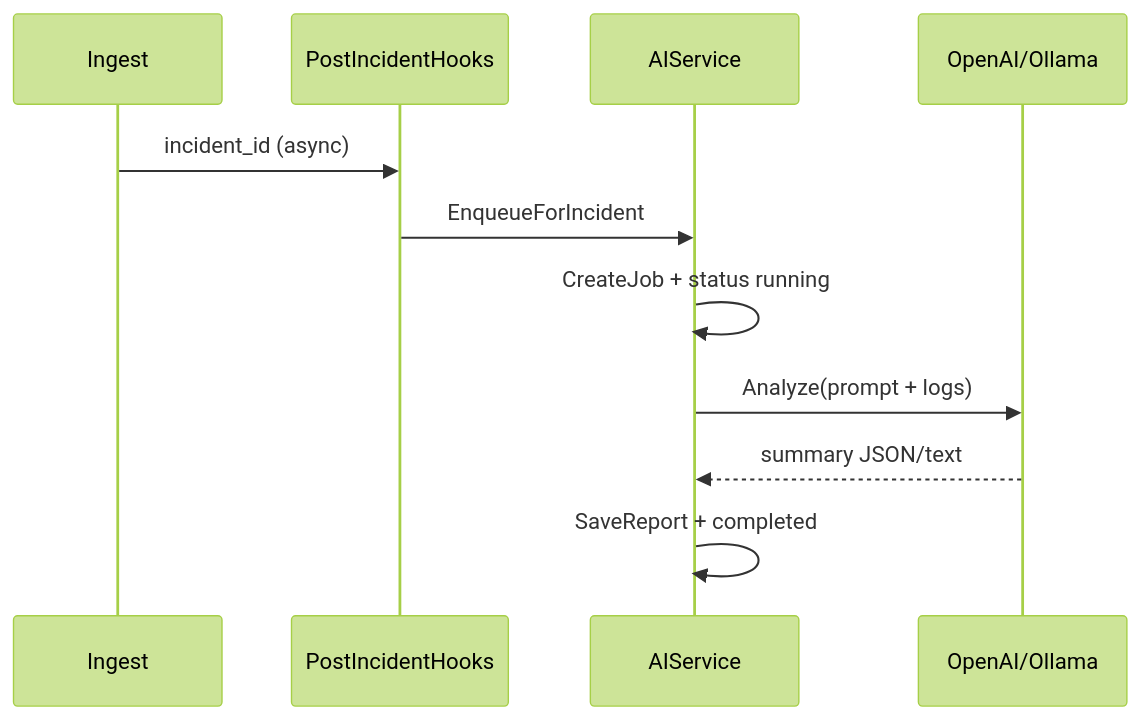
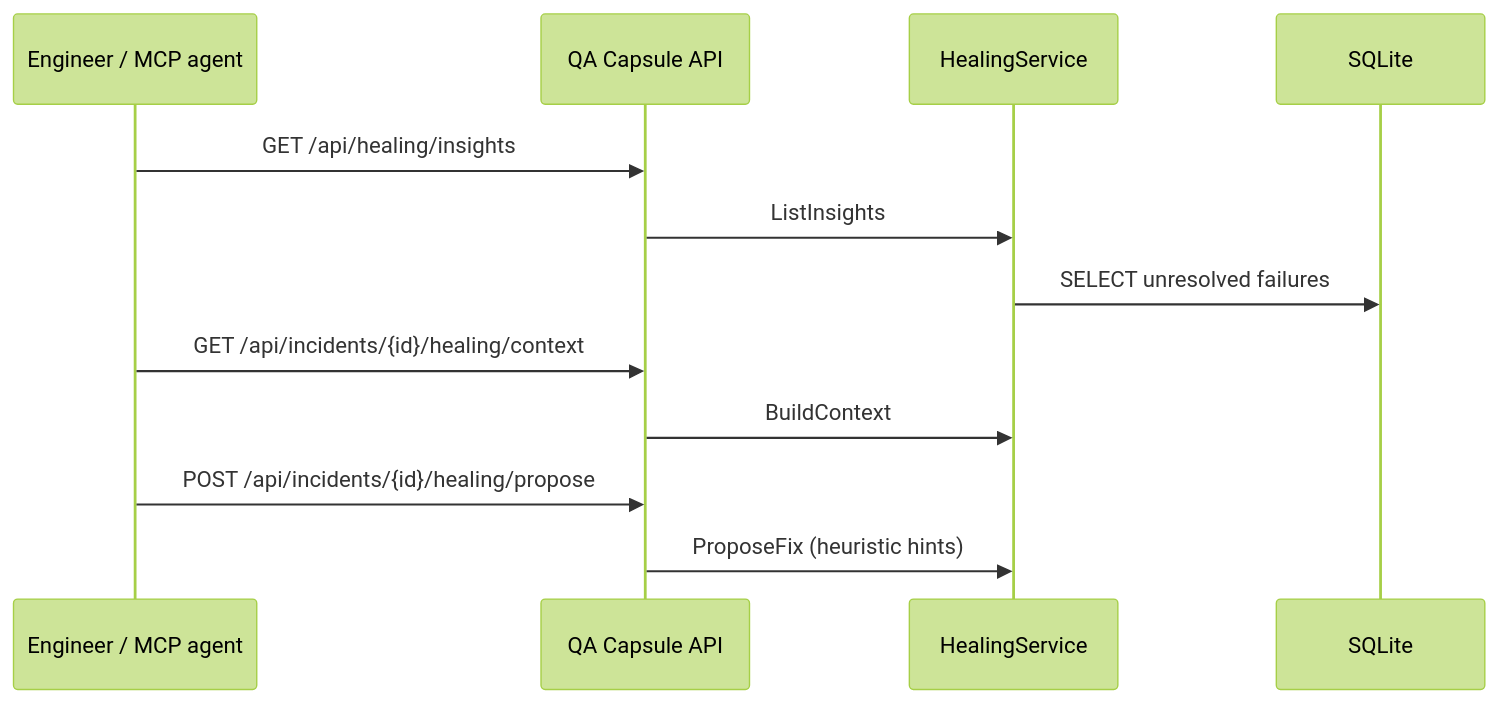
The second of 2 diagrams in docs/guides/intelligence-quarantine.md (QA-Capsule/qa-capsule-community), drawn with Mermaid (forest theme) before and after one commit. The commit also changed other lines of this file and 34 other files, not shown here.

````diff
--- a/docs/guides/intelligence-quarantine.md
+++ b/docs/guides/intelligence-quarantine.md
@@ -42,14 +32,15 @@
 ```mermaid
 sequenceDiagram
-    participant ING as Ingest
-    participant HOOK as PostIncidentHooks
-    participant AI as AIService
-    participant LLM as OpenAI/Ollama
+    participant USER as Engineer / MCP agent
+    participant API as QA Capsule API
+    participant H as HealingService
+    participant DB as SQLite
 
-    ING->>HOOK: incident_id (async)
-    HOOK->>AI: EnqueueForIncident
-    AI->>AI: CreateJob + status running
-    AI->>LLM: Analyze(prompt + logs)
-    LLM-->>AI: summary JSON/text
-    AI->>AI: SaveReport + completed
+    USER->>API: GET /api/healing/insights
+    API->>H: ListInsights
+    H->>DB: SELECT unresolved failures
+    USER->>API: GET /api/incidents/{id}/healing/context
+    API->>H: BuildContext
+    USER->>API: POST /api/incidents/{id}/healing/propose
+    API->>H: ProposeFix (heuristic hints)
 ```
````
